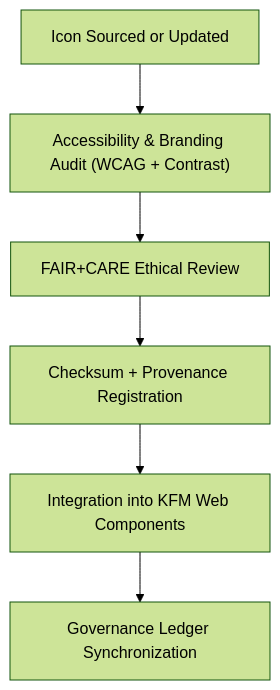
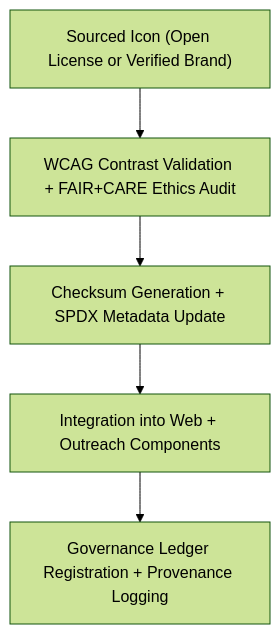
The diagram in web/public/icons/social/README.md (bartytime4life/Kansas-Frontier-Matrix), drawn with Mermaid (forest theme) before and after one commit. The commit also changed other lines of this file, not shown here.

````diff
--- a/web/public/icons/social/README.md
+++ b/web/public/icons/social/README.md
@@ -66,8 +58,7 @@
 ```mermaid
 flowchart TD
-    A["Icon Sourced or Updated"] --> B["Accessibility & Branding Audit (WCAG + Contrast)"]
-    B --> C["FAIR+CARE Ethical Review"]
-    C --> D["Checksum + Provenance Registration"]
-    D --> E["Integration into KFM Web Components"]
-    E --> F["Governance Ledger Synchronization"]
+A["Sourced Icon (Open License or Verified Brand)"] --> B["WCAG Contrast Validation + FAIR+CARE Ethics Audit"]
+B --> C["Checksum Generation + SPDX Metadata Update"]
+C --> D["Integration into Web + Outreach Components"]
+D --> E["Governance Ledger Registration + Provenance Logging"]
 ```
````
